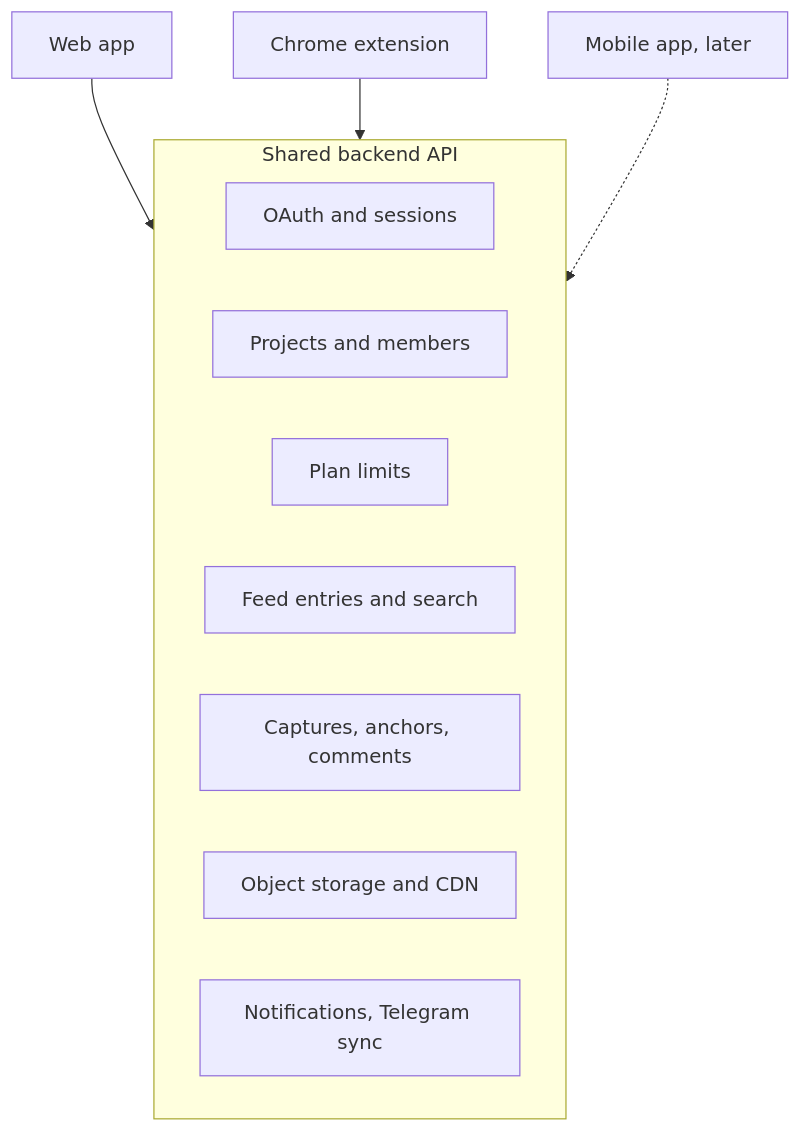
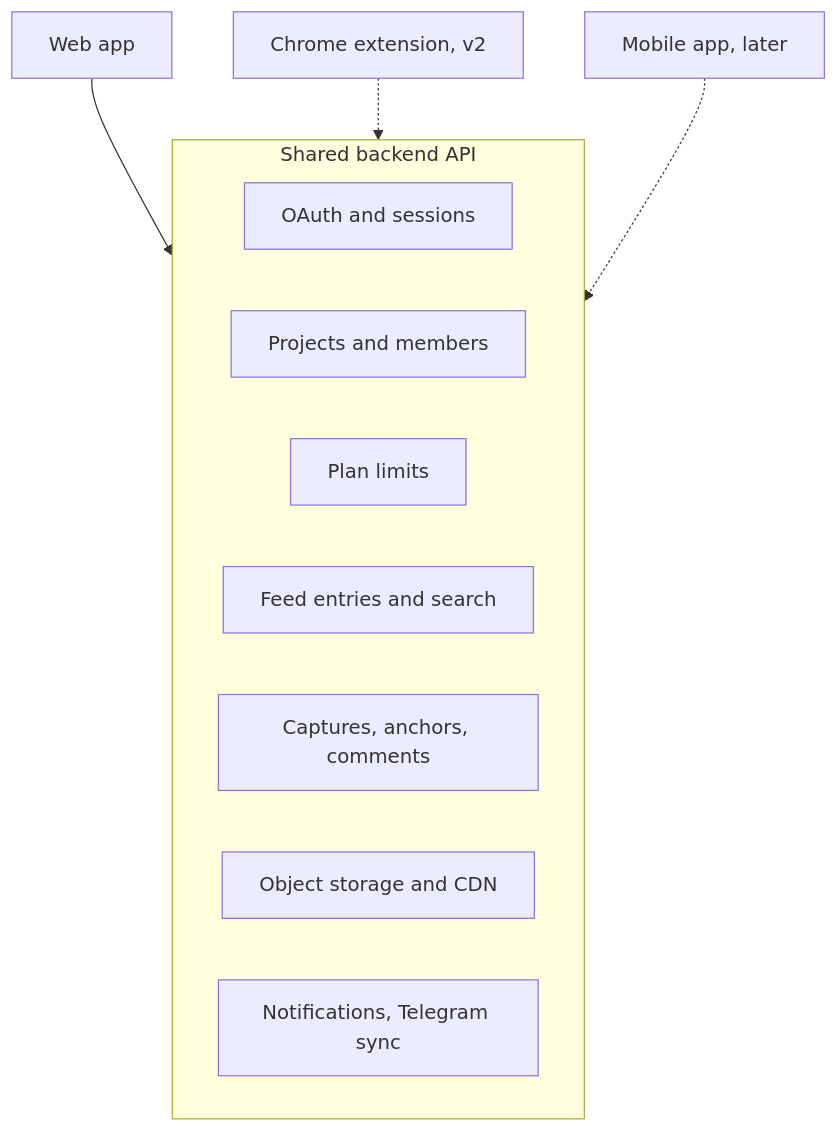
The first of 2 diagrams in docs/PRD.md (uxpetr/kasa), drawn with Mermaid before and after one commit. The commit also changed other lines of this file and 1 other file, not shown here.

Commit message:
Plan: move the Chrome extension to v2; G1 on shared items; PRD rewritten (D-158..D-161)

````diff
--- a/docs/PRD.md
+++ b/docs/PRD.md
@@ -191,15 +194,15 @@
 ```mermaid
 flowchart TB
   web[Web app] --> api
-  ext[Chrome extension] --> api
+  ext[Chrome extension, v2] -.-> api
   mob[Mobile app, later] -.-> api
   subgraph api[Shared backend API]
     auth[OAuth and sessions]
     proj[Projects and members]
     limits[Plan limits]
     feed[Feed entries and search]
     cap[Captures, anchors, comments]
     store[Object storage and CDN]
     notify[Notifications, Telegram sync]
   end
 ```
````
